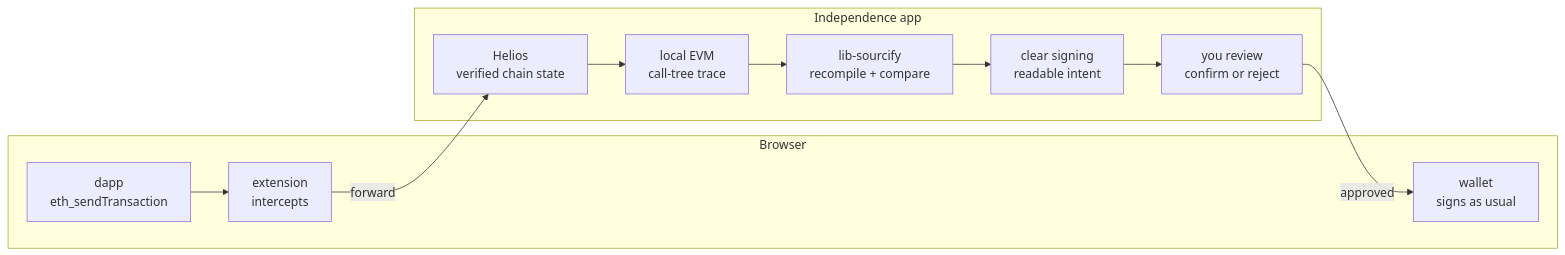
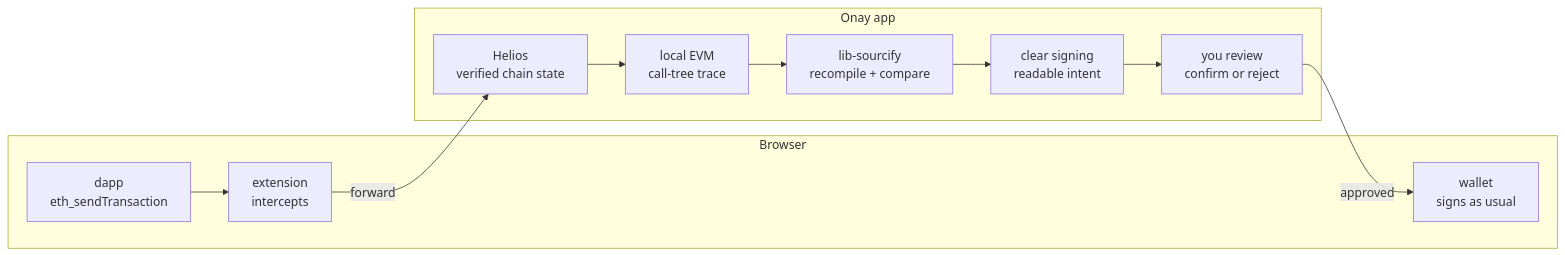
Before and after one commit to sourcifyeth/onay: the diagram in PLAN.md, drawn with Mermaid. The commit also changed other lines of this file and 4 other files, not shown here.

First line of the commit message:
Rename the project from Independence to Onay

````diff
--- a/PLAN.md
+++ b/PLAN.md
@@ -23,19 +23,19 @@
 ```mermaid
 flowchart LR
   subgraph browser [Browser]
     dapp["dapp<br/>eth_sendTransaction"]
     ext["extension<br/>intercepts"]
     wallet["wallet<br/>signs as usual"]
   end
-  subgraph app [Independence app]
+  subgraph app [Onay app]
     helios["Helios<br/>verified chain state"]
     sim["local EVM<br/>call-tree trace"]
     sourcify["lib-sourcify<br/>recompile + compare"]
     cs["clear signing<br/>readable intent"]
     review["you review<br/>confirm or reject"]
   end
   dapp --> ext
   ext -- forward --> helios
   helios --> sim --> sourcify --> cs --> review
   review -- approved --> wallet
 ```
````
